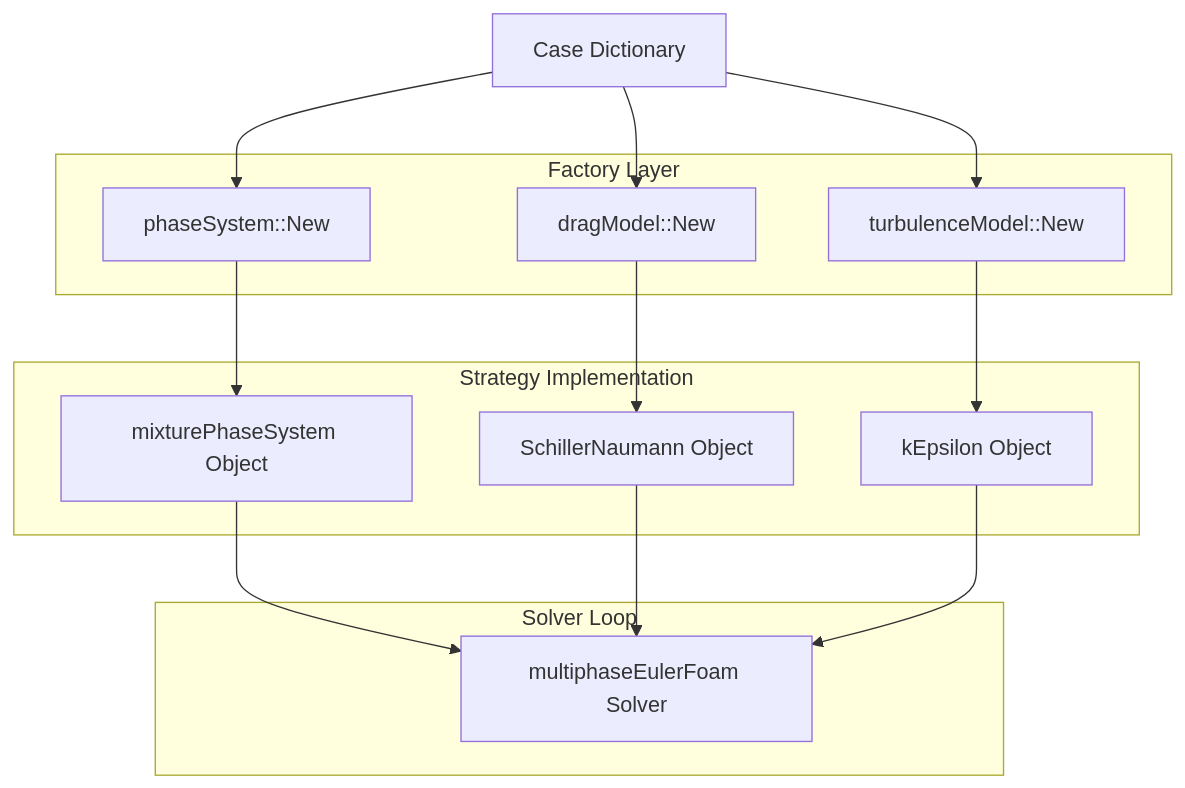
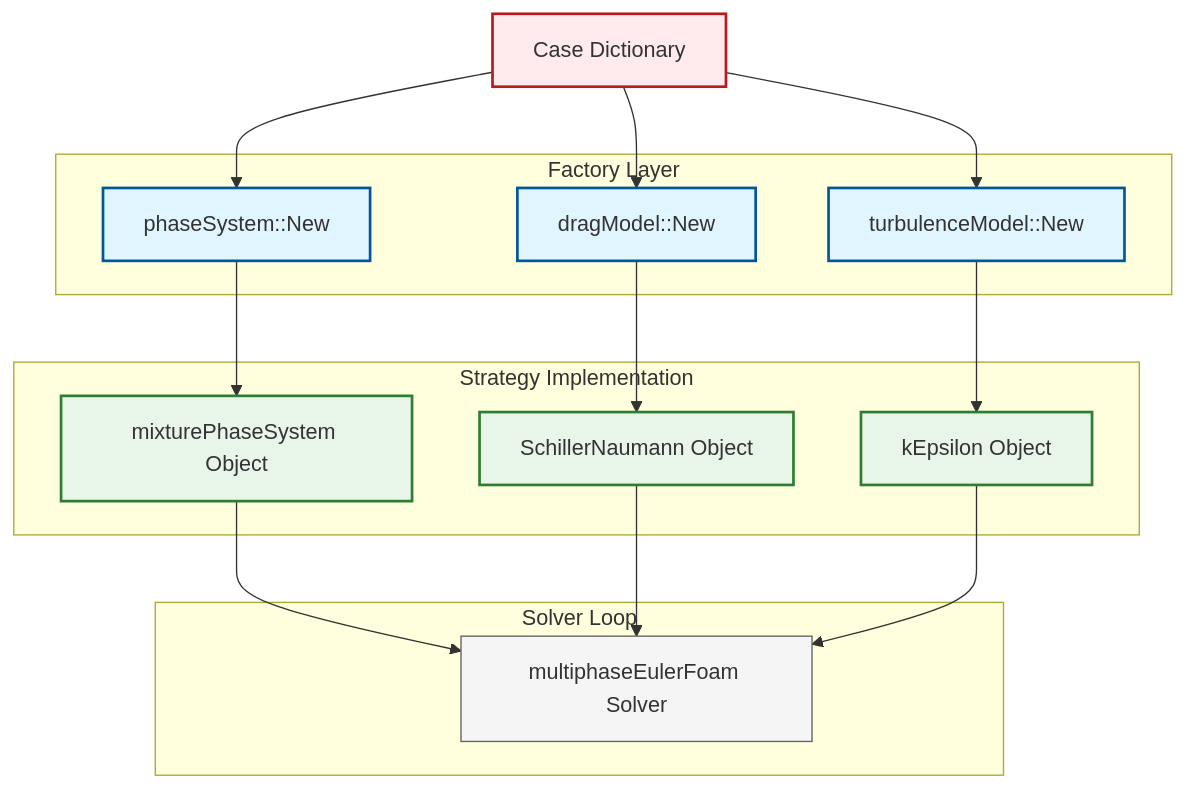
The diagram in MODULE_09_ADVANCED_TOPICS/CONTENT/03_DESIGN_PATTERNS/04_Pattern_Synergy.md (wramet/build-my-cfd), drawn with Mermaid before and after one commit. The commit also changed 313 other files, not shown here.

Commit message:
Revise all diagram

````diff
--- a/MODULE_09_ADVANCED_TOPICS/CONTENT/03_DESIGN_PATTERNS/04_Pattern_Synergy.md
+++ b/MODULE_09_ADVANCED_TOPICS/CONTENT/03_DESIGN_PATTERNS/04_Pattern_Synergy.md
@@ -126,30 +126,34 @@
 ```mermaid
-graph TD
-    A[Case Dictionary] --> B[phaseSystem::New]
-    A --> C[dragModel::New]
-    A --> D[turbulenceModel::New]
+flowchart TD
+classDef implicit fill:#e1f5fe,stroke:#01579b,stroke-width:2px
+classDef explicit fill:#ffebee,stroke:#b71c1c,stroke-width:2px
+classDef success fill:#e8f5e9,stroke:#2e7d32,stroke-width:2px
+classDef context fill:#f5f5f5,stroke:#616161,stroke-width:1px
+A[Case Dictionary]:::explicit --> B[phaseSystem::New]:::implicit
+A --> C[dragModel::New]:::implicit
+A --> D[turbulenceModel::New]:::implicit
 
-    subgraph "Factory Layer"
+subgraph Factory["Factory Layer"]
     B
     C
     D
-    end
+end
 
-    B --> E[mixturePhaseSystem Object]
-    C --> F[SchillerNaumann Object]
-    D --> G[kEpsilon Object]
+B --> E[mixturePhaseSystem Object]:::success
+C --> F[SchillerNaumann Object]:::success
+D --> G[kEpsilon Object]:::success
 
-    subgraph "Strategy Implementation"
+subgraph Strategy["Strategy Implementation"]
     E
     F
     G
-    end
+end
 
-    E --> H[multiphaseEulerFoam Solver]
-    F --> H
-    G --> H
+E --> H[multiphaseEulerFoam Solver]:::context
+F --> H
+G --> H
 
-    subgraph "Solver Loop"
+subgraph Solver["Solver Loop"]
     H
-    end
+end
 ```
````
